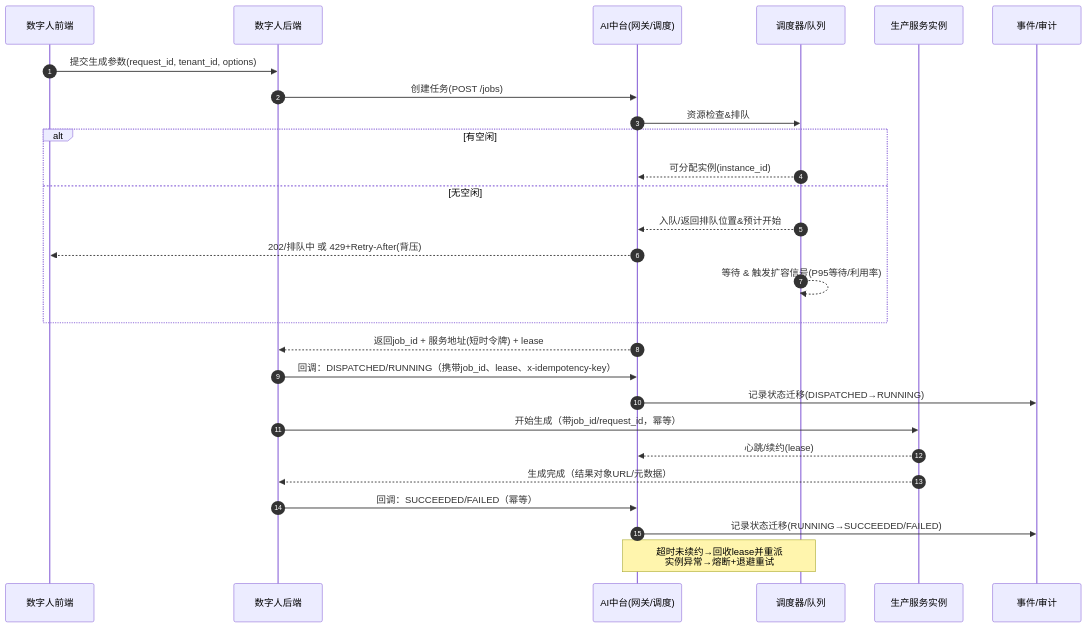
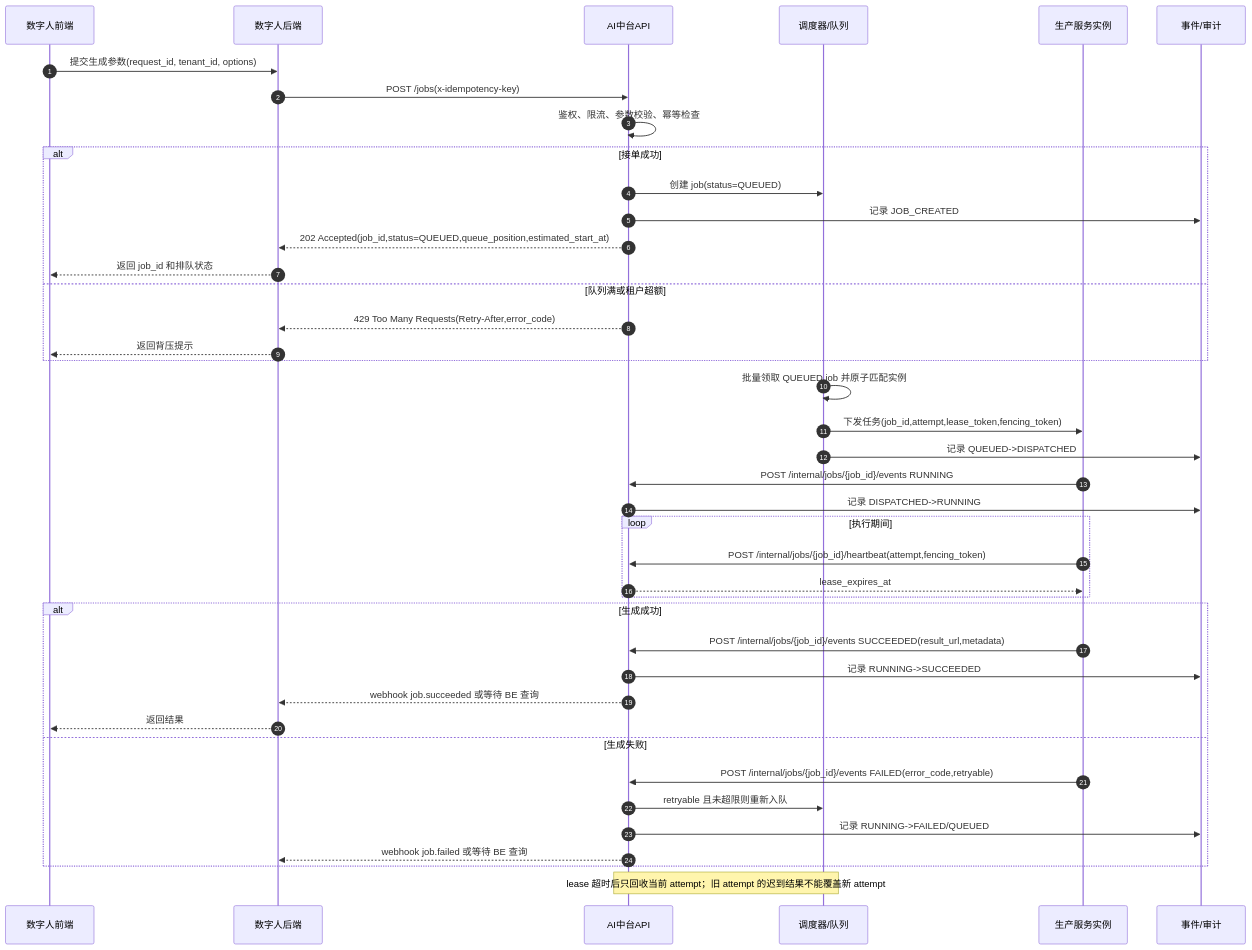
The first of 3 diagrams in docs/AI中台数字人动态算力调度.md (lilinzezzzzzz/agent-backend), drawn with Mermaid before and after one commit. The commit also changed other lines of this file, not shown here.

````diff
--- a/docs/AI中台数字人动态算力调度.md
+++ b/docs/AI中台数字人动态算力调度.md
@@ -5,33 +26,49 @@
 ```mermaid
 sequenceDiagram
     autonumber
     participant FE as 数字人前端
     participant BE as 数字人后端
-    participant API as AI中台(网关/调度)
+    participant API as AI中台API
     participant SCH as 调度器/队列
     participant SVC as 生产服务实例
     participant EVT as 事件/审计
 
     FE->>BE: 提交生成参数(request_id, tenant_id, options)
-    BE->>API: 创建任务(POST /jobs)
-    API->>SCH: 资源检查&排队
-    alt 有空闲
-        SCH-->>API: 可分配实例(instance_id)
-    else 无空闲
-        SCH-->>API: 入队/返回排队位置&预计开始
-        API-->>FE: 202/排队中 或 429+Retry-After(背压)
-        SCH-->>SCH: 等待 & 触发扩容信号(P95等待/利用率)
+    BE->>API: POST /jobs(x-idempotency-key)
+    API->>API: 鉴权、限流、参数校验、幂等检查
+
+    alt 接单成功
+        API->>SCH: 创建 job(status=QUEUED)
+        API->>EVT: 记录 JOB_CREATED
+        API-->>BE: 202 Accepted(job_id,status=QUEUED,queue_position,estimated_start_at)
+        BE-->>FE: 返回 job_id 和排队状态
+    else 队列满或租户超额
+        API-->>BE: 429 Too Many Requests(Retry-After,error_code)
+        BE-->>FE: 返回背压提示
     end
 
-    API-->>BE: 返回job_id + 服务地址(短时令牌) + lease
-    BE->>API: 回调：DISPATCHED/RUNNING（携带job_id、lease、x-idempotency-key）
-    API->>EVT: 记录状态迁移(DISPATCHED→RUNNING)
+    SCH->>SCH: 批量领取 QUEUED job 并原子匹配实例
+    SCH->>SVC: 下发任务(job_id,attempt,lease_token,fencing_token)
+    SCH->>EVT: 记录 QUEUED->DISPATCHED
+    SVC->>API: POST /internal/jobs/{job_id}/events RUNNING
+    API->>EVT: 记录 DISPATCHED->RUNNING
 
-    BE->>SVC: 开始生成（带job_id/request_id，幂等）
-    SVC-->>API: 心跳/续约(lease)
-    SVC-->>BE: 生成完成（结果对象URL/元数据）
-    BE->>API: 回调：SUCCEEDED/FAILED（幂等）
-    API->>EVT: 记录状态迁移(RUNNING→SUCCEEDED/FAILED)
+    loop 执行期间
+        SVC->>API: POST /internal/jobs/{job_id}/heartbeat(attempt,fencing_token)
+        API-->>SVC: lease_expires_at
+    end
 
-    note over API,SCH: 超时未续约→回收lease并重派<br/>实例异常→熔断+退避重试
+    alt 生成成功
+        SVC->>API: POST /internal/jobs/{job_id}/events SUCCEEDED(result_url,metadata)
+        API->>EVT: 记录 RUNNING->SUCCEEDED
+        API-->>BE: webhook job.succeeded 或等待 BE 查询
+        BE-->>FE: 返回结果
+    else 生成失败
+        SVC->>API: POST /internal/jobs/{job_id}/events FAILED(error_code,retryable)
+        API->>SCH: retryable 且未超限则重新入队
+        API->>EVT: 记录 RUNNING->FAILED/QUEUED
+        API-->>BE: webhook job.failed 或等待 BE 查询
+    end
+
+    note over API,SCH: lease 超时后只回收当前 attempt；旧 attempt 的迟到结果不能覆盖新 attempt
 ```
````
